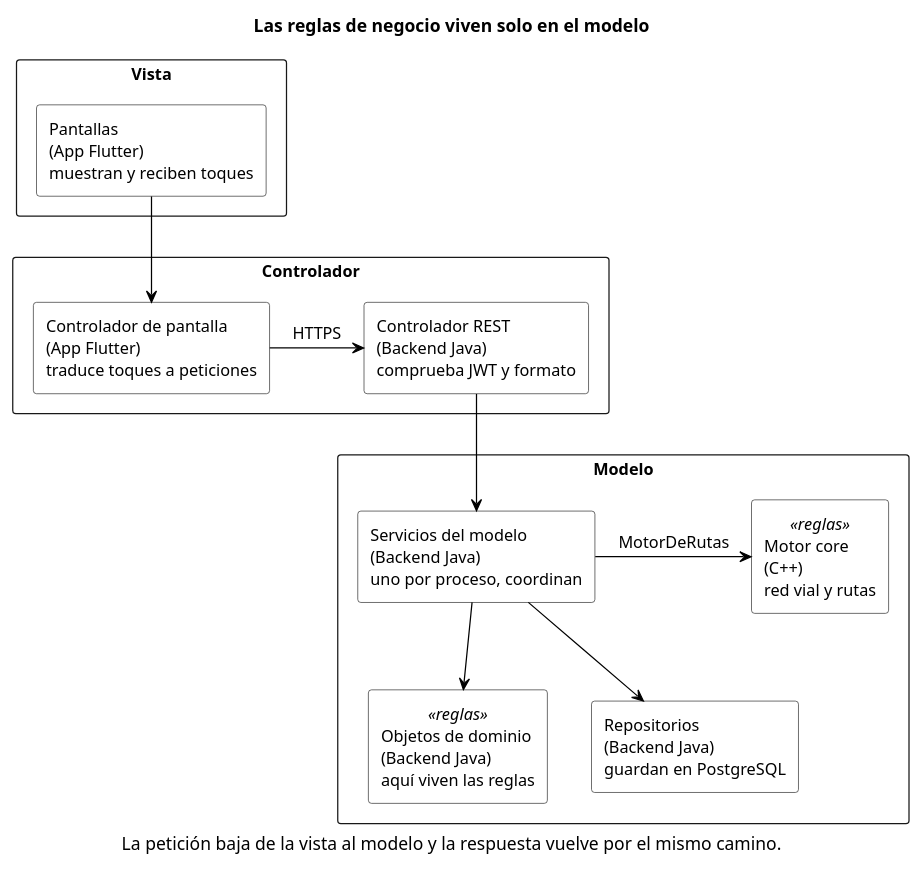
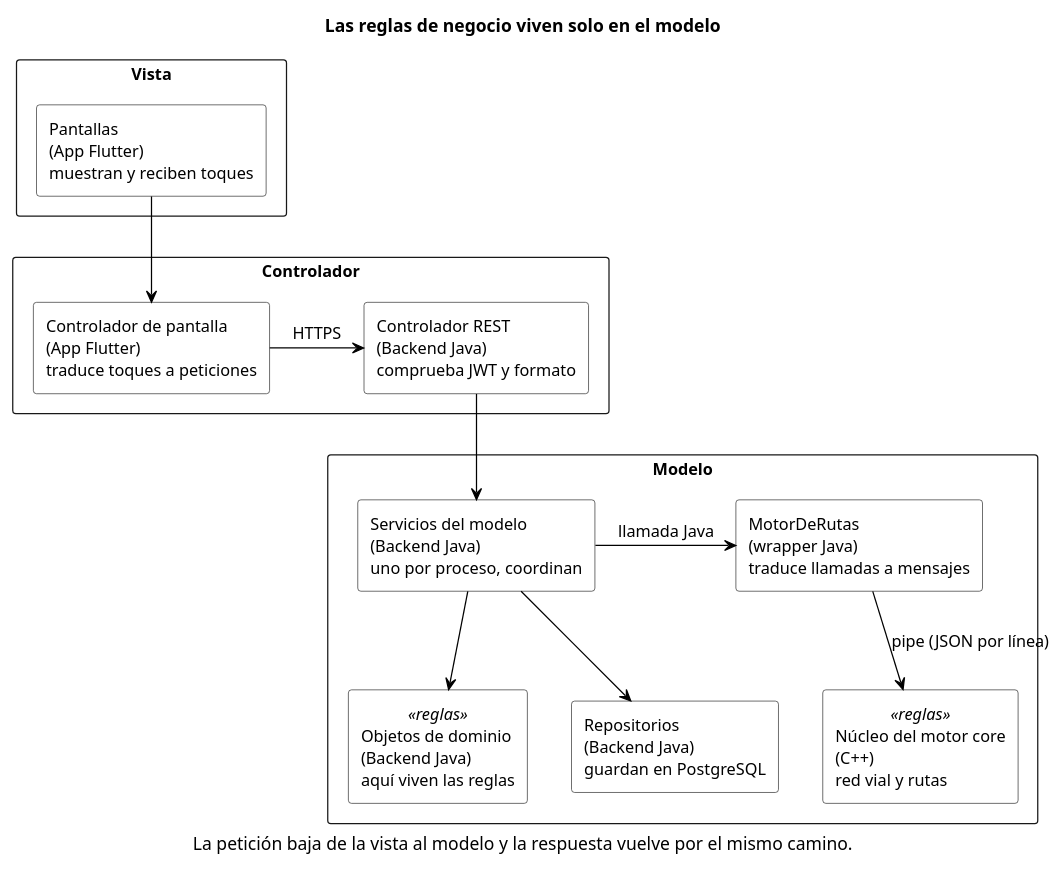
Before and after one commit to uniWASD/ChuroViajeInterno: the diagram in 03_des/02_Arquitectura/diagramas/ARQ-02_CapasMVC.puml, drawn with PlantUML. The commit also changed 13 other files, not shown here.

First line of the commit message:
docs(arquitectura): motor core con wrapper Java por pipe y decisiones D-15 a D-18 (T-085)

```diff
--- a/03_des/02_Arquitectura/diagramas/ARQ-02_CapasMVC.puml
+++ b/03_des/02_Arquitectura/diagramas/ARQ-02_CapasMVC.puml
@@ -1,44 +1,47 @@
 @startuml ARQ-02_CapasMVC
 ' ARQ-02: Aplicación de MVC en ChuroViaje
 ' Fuente: Documento de Arquitectura de Software, sección 4 (06/10/2026)
-' Decisión: D-01 (un solo MVC para todo el sistema; las reglas viven solo en el modelo)
+' Decisiones: D-01 (un solo MVC para todo el sistema; las reglas viven solo en el modelo),
+' D-15 (el wrapper Java MotorDeRutas habla con el núcleo C++ por pipe)
 
 skinparam monochrome true
 skinparam shadowing false
 skinparam backgroundColor transparent
 skinparam defaultFontName Arial
 skinparam defaultFontSize 13
 skinparam defaultFontColor black
 skinparam ArrowColor black
 skinparam packageStyle rectangle
 skinparam packageBackgroundColor white
 skinparam componentStyle rectangle
 skinparam componentBackgroundColor white
 
 title Las reglas de negocio viven solo en el modelo
 caption La petición baja de la vista al modelo y la respuesta vuelve por el mismo camino.
 
 package "Vista" {
   component "Pantallas\n(App Flutter)\nmuestran y reciben toques" as pantallas
 }
 
 package "Controlador" {
   component "Controlador de pantalla\n(App Flutter)\ntraduce toques a peticiones" as cpantalla
   component "Controlador REST\n(Backend Java)\ncomprueba JWT y formato" as crest
 }
 
 package "Modelo" {
   component "Servicios del modelo\n(Backend Java)\nuno por proceso, coordinan" as servicios
   component "Objetos de dominio\n(Backend Java)\naquí viven las reglas" as objetos <<reglas>>
   component "Repositorios\n(Backend Java)\nguardan en PostgreSQL" as repositorios
-  component "Motor core\n(C++)\nred vial y rutas" as motor <<reglas>>
+  component "MotorDeRutas\n(wrapper Java)\ntraduce llamadas a mensajes" as wrapper
+  component "Núcleo del motor core\n(C++)\nred vial y rutas" as motor <<reglas>>
 }
 
 pantallas --> cpantalla
 cpantalla -right-> crest : HTTPS
 crest --> servicios
 servicios --> objetos
 servicios --> repositorios
-servicios -right-> motor : MotorDeRutas
+servicios -right-> wrapper : llamada Java
+wrapper --> motor : pipe (JSON por línea)
 
 @enduml
```
